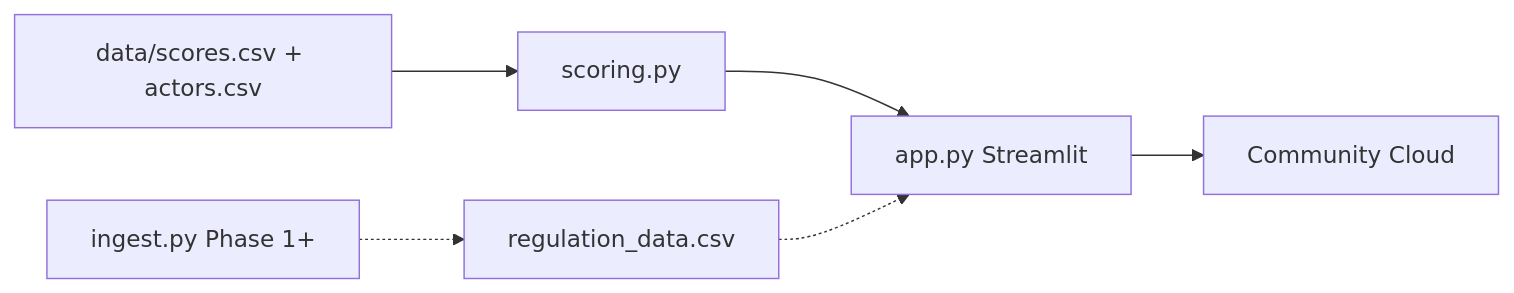
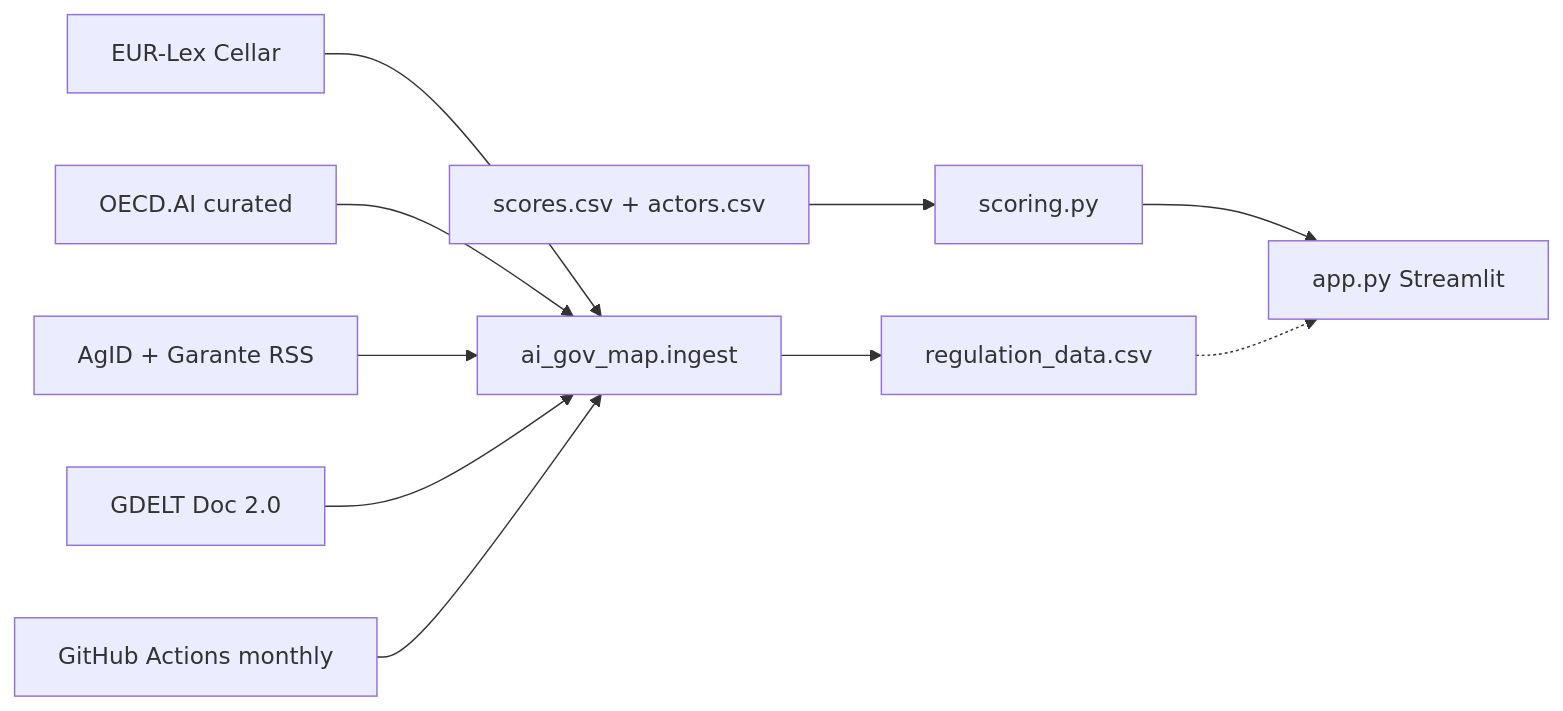
One commit to val-3ntin/AI_Governance_map changed the diagram in README.md. Above: the diagram before and after it, drawn with Mermaid. The commit also changed other lines of this file and 4 other files, not shown here.

First line of the commit message:
Add monthly ingest workflow and seed regulation feed

````diff
--- a/README.md
+++ b/README.md
@@ -30,8 +27,12 @@
 ```mermaid
 flowchart LR
-  CSV[data/scores.csv + actors.csv] --> Score[scoring.py]
+  EUR[EUR-Lex Cellar] --> Ingest[ai_gov_map.ingest]
+  OECD[OECD.AI curated] --> Ingest
+  RSS[AgID + Garante RSS] --> Ingest
+  GDELT[GDELT Doc 2.0] --> Ingest
+  Ingest --> CSV[regulation_data.csv]
+  Scores[scores.csv + actors.csv] --> Score[scoring.py]
   Score --> App[app.py Streamlit]
-  App --> Cloud[Community Cloud]
-  Ingest[ingest.py Phase 1+] -.-> Reg[regulation_data.csv]
-  Reg -.-> App
+  CSV -.-> App
+  GH[GitHub Actions monthly] --> Ingest
 ```
````
